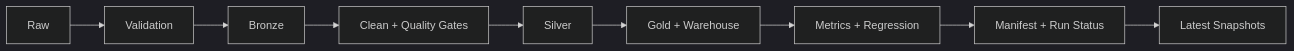
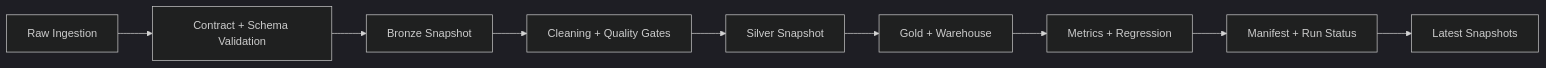
Before and after one commit to samuelmaia-analytics/amazon-sales-analysis: the diagram in docs/README.en.md, drawn with Mermaid (dark theme). The commit also changed other lines of this file and 13 other files, not shown here.

````diff
--- a/docs/README.en.md
+++ b/docs/README.en.md
@@ -74,11 +23,11 @@
 ```mermaid
 flowchart LR
-    A[Raw] --> B[Validation]
-    B --> C[Bronze]
-    C --> D[Clean + Quality Gates]
-    D --> E[Silver]
+    A[Raw Ingestion] --> B[Contract + Schema Validation]
+    B --> C[Bronze Snapshot]
+    C --> D[Cleaning + Quality Gates]
+    D --> E[Silver Snapshot]
     E --> F[Gold + Warehouse]
     F --> G[Metrics + Regression]
     G --> H[Manifest + Run Status]
     H --> I[Latest Snapshots]
 ```
````
